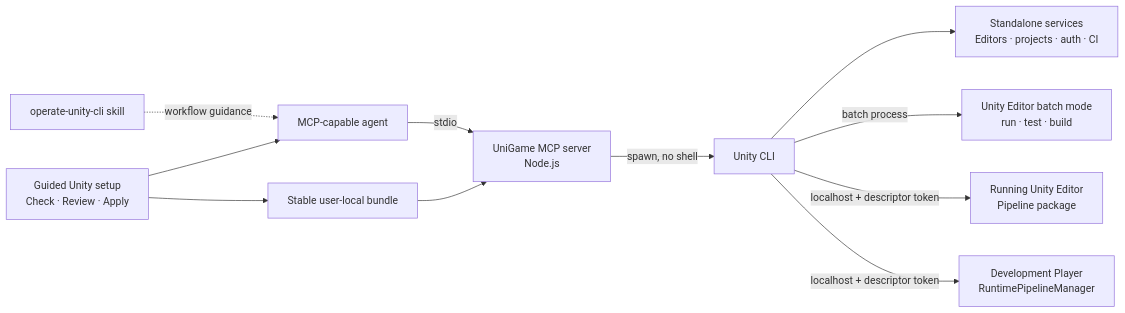
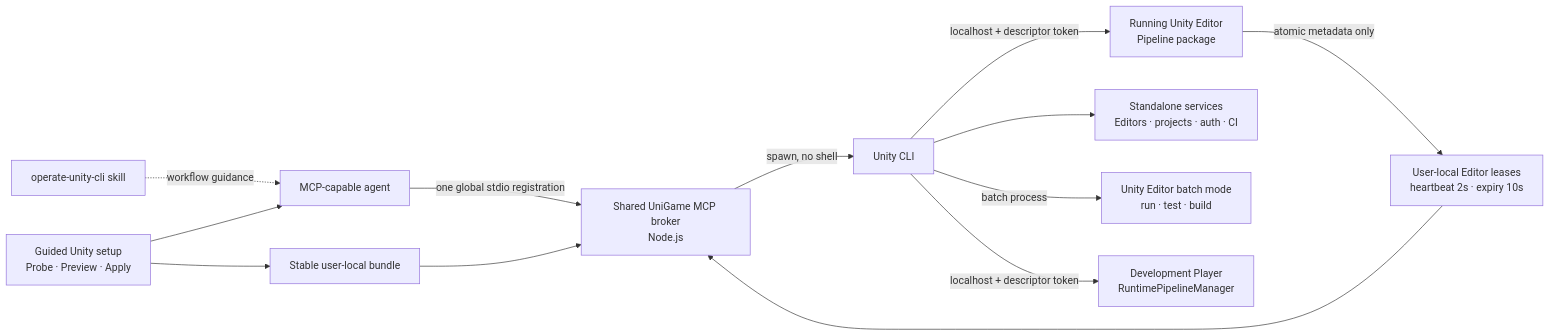
One commit to UnioGame/unigame.unitycli.mcp changed the diagram in README.md. Above: the diagram before and after it, drawn with Mermaid. The commit also changed other lines of this file and 83 other files, not shown here.

First line of the commit message:
feat: support dynamic multi-editor MCP routing

````diff
--- a/README.md
+++ b/README.md
@@ -178,13 +175,15 @@
 ```mermaid
 flowchart LR
-    Agent["MCP-capable agent"] -->|stdio| Server["UniGame MCP server<br/>Node.js"]
+    Agent["MCP-capable agent"] -->|one global stdio registration| Server["Shared UniGame MCP broker<br/>Node.js"]
     Skill["operate-unity-cli skill"] -. workflow guidance .-> Agent
+    Registry["User-local Editor leases<br/>heartbeat 2s · expiry 10s"] --> Server
+    Editor -->|atomic metadata only| Registry
     Server -->|spawn, no shell| CLI["Unity CLI"]
     CLI --> Standalone["Standalone services<br/>Editors · projects · auth · CI"]
     CLI -->|batch process| Batch["Unity Editor batch mode<br/>run · test · build"]
     CLI -->|localhost + descriptor token| Editor["Running Unity Editor<br/>Pipeline package"]
     CLI -->|localhost + descriptor token| Player["Development Player<br/>RuntimePipelineManager"]
-    Setup["Guided Unity setup<br/>Check · Review · Apply"] --> Agent
+    Setup["Guided Unity setup<br/>Probe · Preview · Apply"] --> Agent
     Setup --> Install["Stable user-local bundle"]
     Install --> Server
 ```
````
